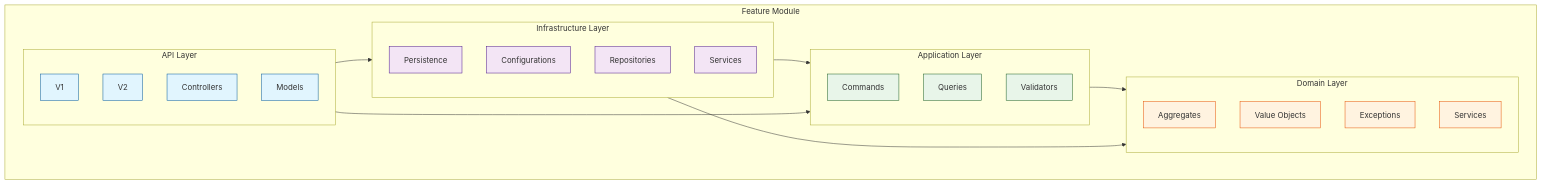
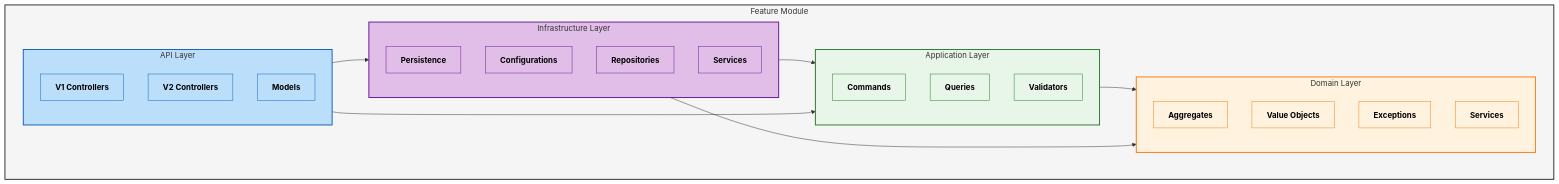
The seventh of 9 diagrams in docs/solution structure.md (parvizrovshanaliyev/DataMigrationSystem), drawn with Mermaid before and after one commit. The commit also changed other lines of this file, not shown here.

````diff
--- a/docs/solution structure.md
+++ b/docs/solution structure.md
@@ -109,47 +232,52 @@
 ```mermaid
 graph TB
     subgraph Feature[Feature Module]
+        style Feature fill:#f5f5f5,stroke:#333,stroke-width:2px
+
         subgraph Domain[Domain Layer]
+            style Domain fill:#fff3e0,stroke:#f57f17,stroke-width:2px
             AGG[Aggregates]
             VO[Value Objects]
             EXC[Exceptions]
             SVC[Services]
         end
 
         subgraph Application[Application Layer]
+            style Application fill:#e8f5e9,stroke:#2e7d32,stroke-width:2px
             CMD[Commands]
             QRY[Queries]
             VAL[Validators]
         end
 
         subgraph Infrastructure[Infrastructure Layer]
+            style Infrastructure fill:#e1bee7,stroke:#6a1b9a,stroke-width:2px
             PERS[Persistence]
             CONF[Configurations]
             REPO[Repositories]
             SER[Services]
         end
 
         subgraph Api[API Layer]
-            V1[V1]
-            V2[V2]
-            CTR[Controllers]
+            style Api fill:#bbdefb,stroke:#1565c0,stroke-width:2px
+            V1[V1 Controllers]
+            V2[V2 Controllers]
             MOD[Models]
         end
     end
 
     Application --> Domain
     Infrastructure --> Domain
     Infrastructure --> Application
     Api --> Application
     Api --> Infrastructure
 
-    classDef domain fill:#fff3e0,stroke:#e65100
-    classDef app fill:#e8f5e9,stroke:#1b5e20
-    classDef infra fill:#f3e5f5,stroke:#4a148c
-    classDef api fill:#e1f5fe,stroke:#01579b
+    classDef domain fill:#fff3e0,stroke:#f57f17,color:#000000,font-weight:bold
+    classDef app fill:#e8f5e9,stroke:#2e7d32,color:#000000,font-weight:bold
+    classDef infra fill:#e1bee7,stroke:#6a1b9a,color:#000000,font-weight:bold
+    classDef api fill:#bbdefb,stroke:#1565c0,color:#000000,font-weight:bold
 
     class AGG,VO,EXC,SVC domain
     class CMD,QRY,VAL app
     class PERS,CONF,REPO,SER infra
-    class V1,V2,CTR,MOD api
+    class V1,V2,MOD api
 ```
````
